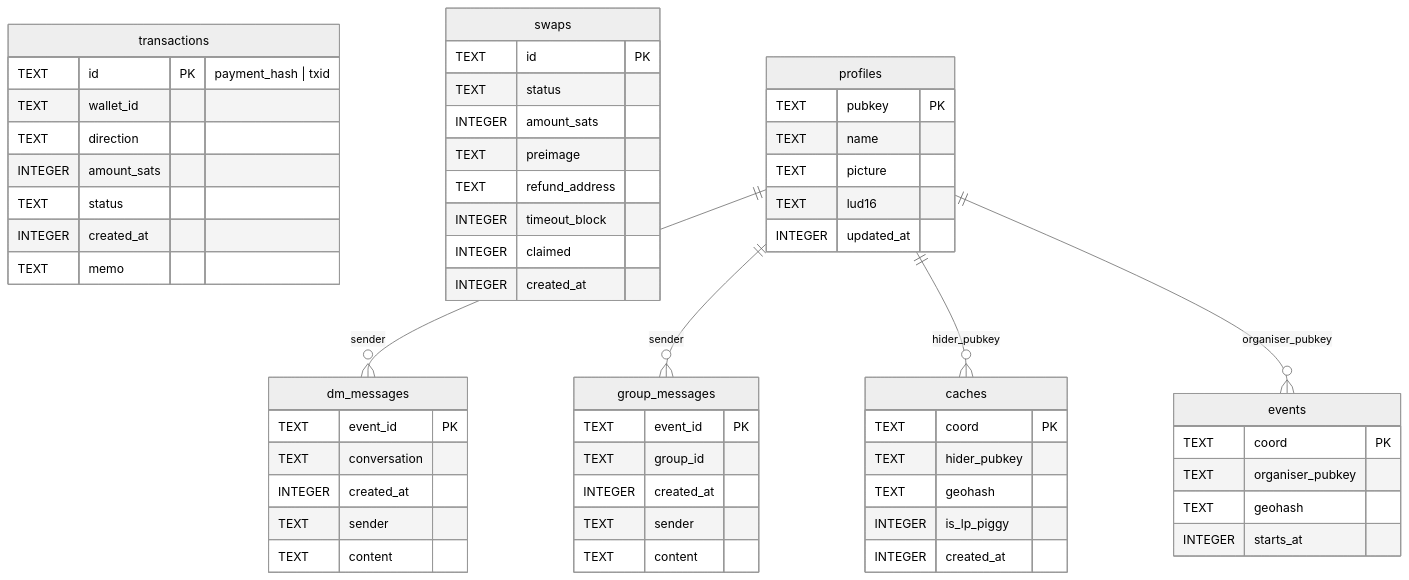
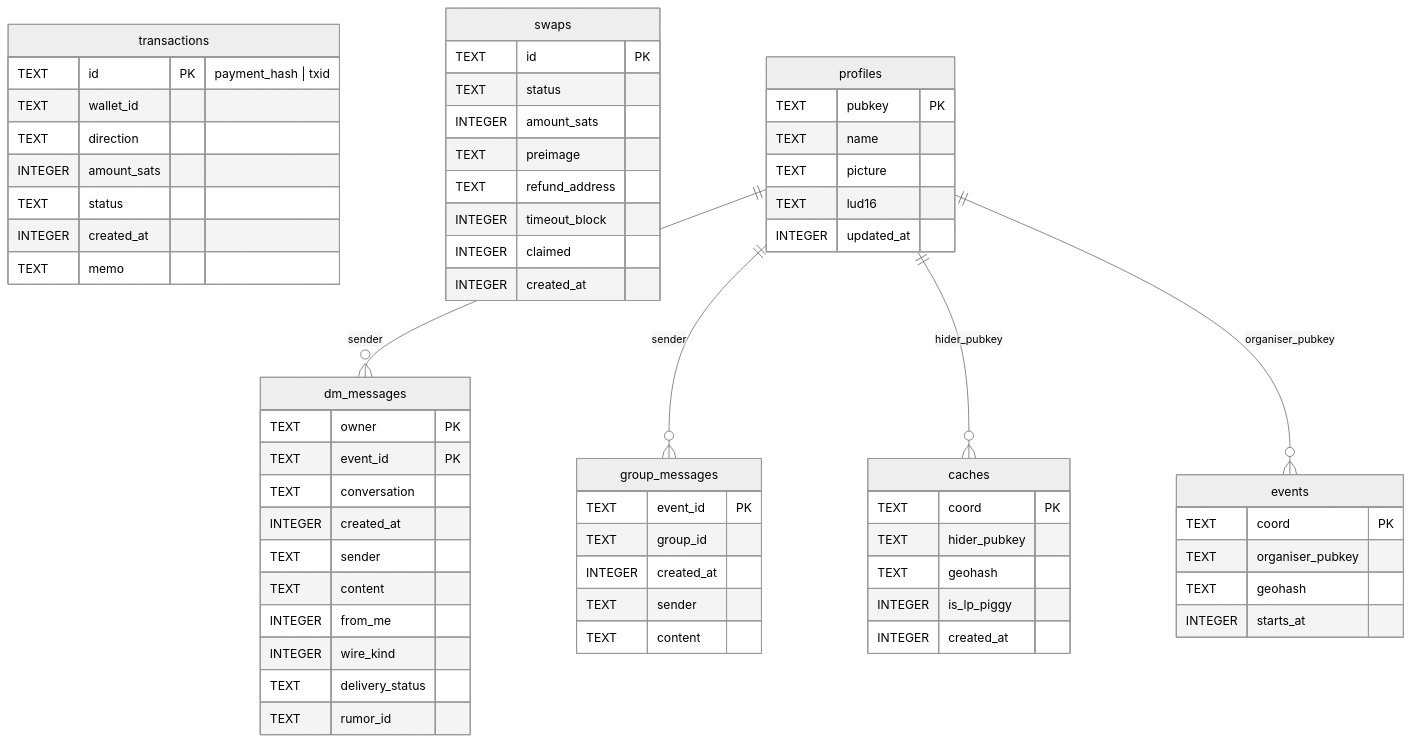
The first of 3 diagrams in docs/DATA_STORAGE.adoc (BenGWeeks/lightning-piggy-mobile), drawn with Mermaid (neutral theme) before and after one commit. The commit also changed other lines of this file and 19 other files, not shown here.

```diff
--- a/docs/DATA_STORAGE.adoc
+++ b/docs/DATA_STORAGE.adoc
@@ -180,61 +223,66 @@
 [mermaid]
 ....
 erDiagram
     dm_messages {
+        TEXT owner PK
         TEXT event_id PK
         TEXT conversation
         INTEGER created_at
         TEXT sender
         TEXT content
+        INTEGER from_me
+        INTEGER wire_kind
+        TEXT delivery_status
+        TEXT rumor_id
     }
     group_messages {
         TEXT event_id PK
         TEXT group_id
         INTEGER created_at
         TEXT sender
         TEXT content
     }
     transactions {
         TEXT id PK "payment_hash | txid"
         TEXT wallet_id
         TEXT direction
         INTEGER amount_sats
         TEXT status
         INTEGER created_at
         TEXT memo
     }
     swaps {
         TEXT id PK
         TEXT status
         INTEGER amount_sats
         TEXT preimage
         TEXT refund_address
         INTEGER timeout_block
         INTEGER claimed
         INTEGER created_at
     }
     profiles {
         TEXT pubkey PK
         TEXT name
         TEXT picture
         TEXT lud16
         INTEGER updated_at
     }
     caches {
         TEXT coord PK
         TEXT hider_pubkey
         TEXT geohash
         INTEGER is_lp_piggy
         INTEGER created_at
     }
     events {
         TEXT coord PK
         TEXT organiser_pubkey
         TEXT geohash
         INTEGER starts_at
     }
     profiles ||--o{ dm_messages : "sender"
     profiles ||--o{ group_messages : "sender"
     profiles ||--o{ caches : "hider_pubkey"
     profiles ||--o{ events : "organiser_pubkey"
 ....
```
